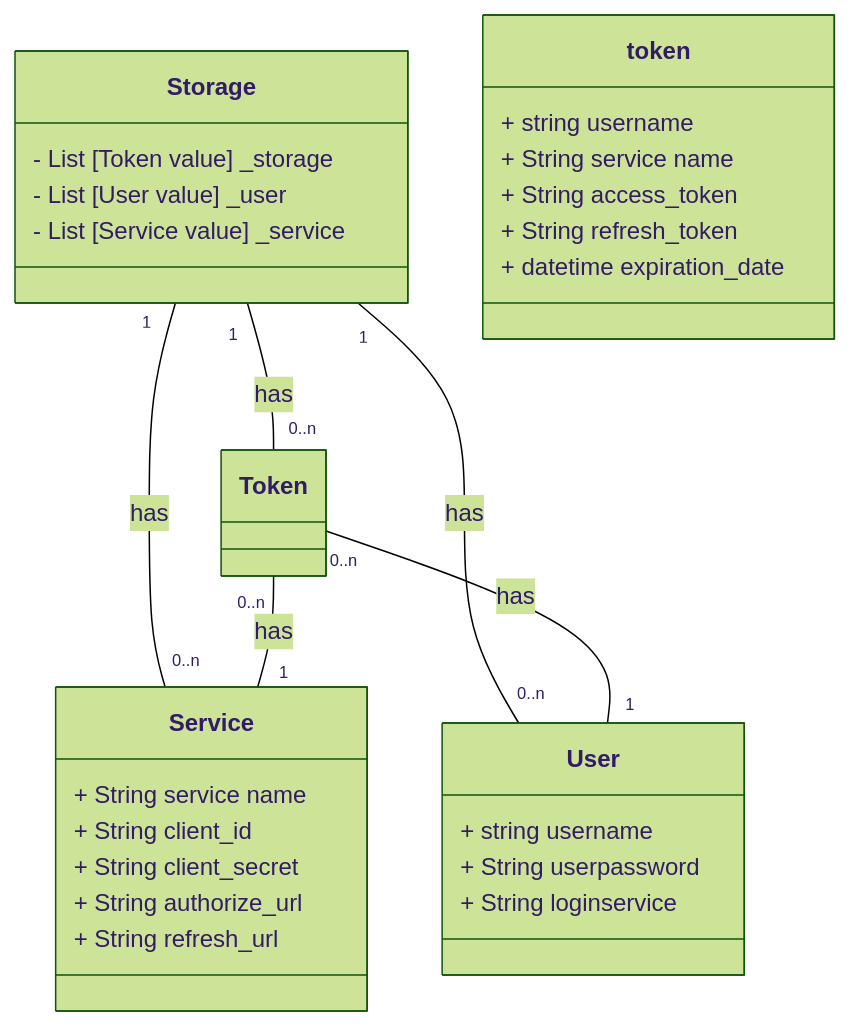
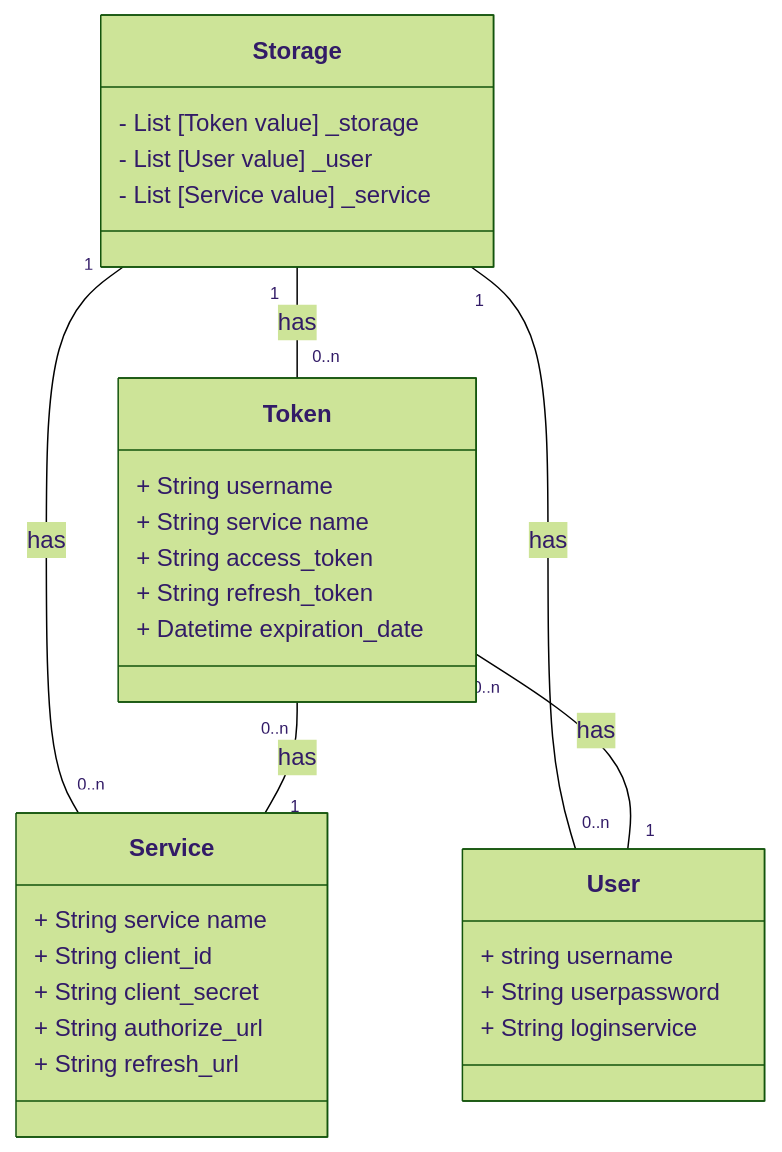
One commit to Sciebo-RDS/Sciebo-RDS changed the second of 3 diagrams in docs/content/doc/impl/central/token-storage.md. Above: the diagram before and after it, drawn with Mermaid (forest theme). The commit also changed other lines of this file and 1 other file, not shown here.

````diff
--- a/docs/content/doc/impl/central/token-storage.md
+++ b/docs/content/doc/impl/central/token-storage.md
@@ -39,38 +41,38 @@
 ```mermaid
 classDiagram
 
   class Storage {
     - List [Token value] _storage
     - List [User value] _user
     - List [Service value] _service
   }
 
   class User {
     + string username
     + String userpassword
     + String loginservice
   }
 
   class Service {
     + String service name
     + String client_id
     + String client_secret
     + String authorize_url
     + String refresh_url
   }
 
-  class token {
-    + string username
+  class Token {
+    + String username
     + String service name
     + String access_token
     + String refresh_token
-    + datetime expiration_date
+    + Datetime expiration_date
   }
 
   Storage "1" -- "0..n" Token : has
   Storage "1" -- "0..n" User : has
   Storage "1" -- "0..n" Service : has
 
   Token "0..n" -- "1" Service : has
   Token "0..n" -- "1" User : has
 ```
````
